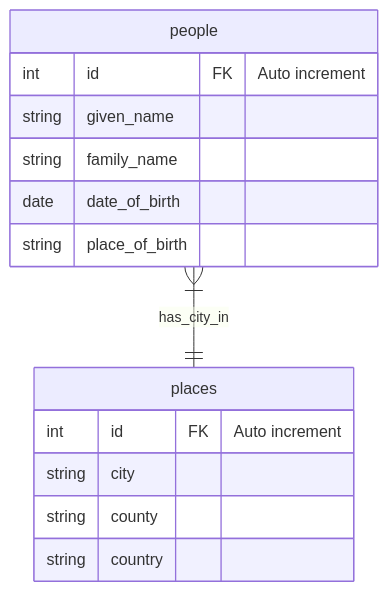
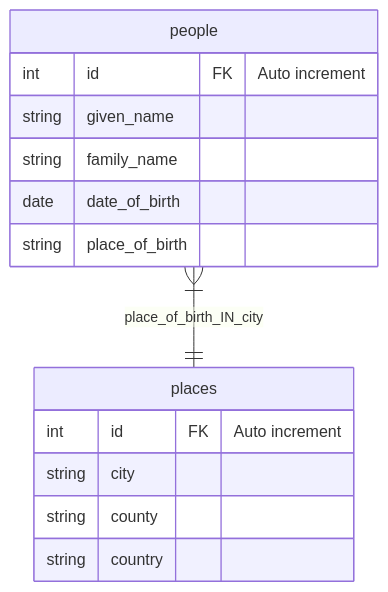
One commit to xtutran/data-tech-lead-assignment changed the diagram in README.md. Above: the diagram before and after it, drawn with Mermaid.

````diff
--- a/README.md
+++ b/README.md
@@ -44,18 +44,18 @@
 ```mermaid
 erDiagram
-    people }|--|| places : has_city_in
+    people }|--|| places : place_of_birth_IN_city
     people {
         int    id FK "Auto increment"
         string given_name
         string family_name
         date   date_of_birth
         string place_of_birth
     }
     
     places {
         int    id FK "Auto increment"
         string city
         string county
         string country
     }
 ```
````
